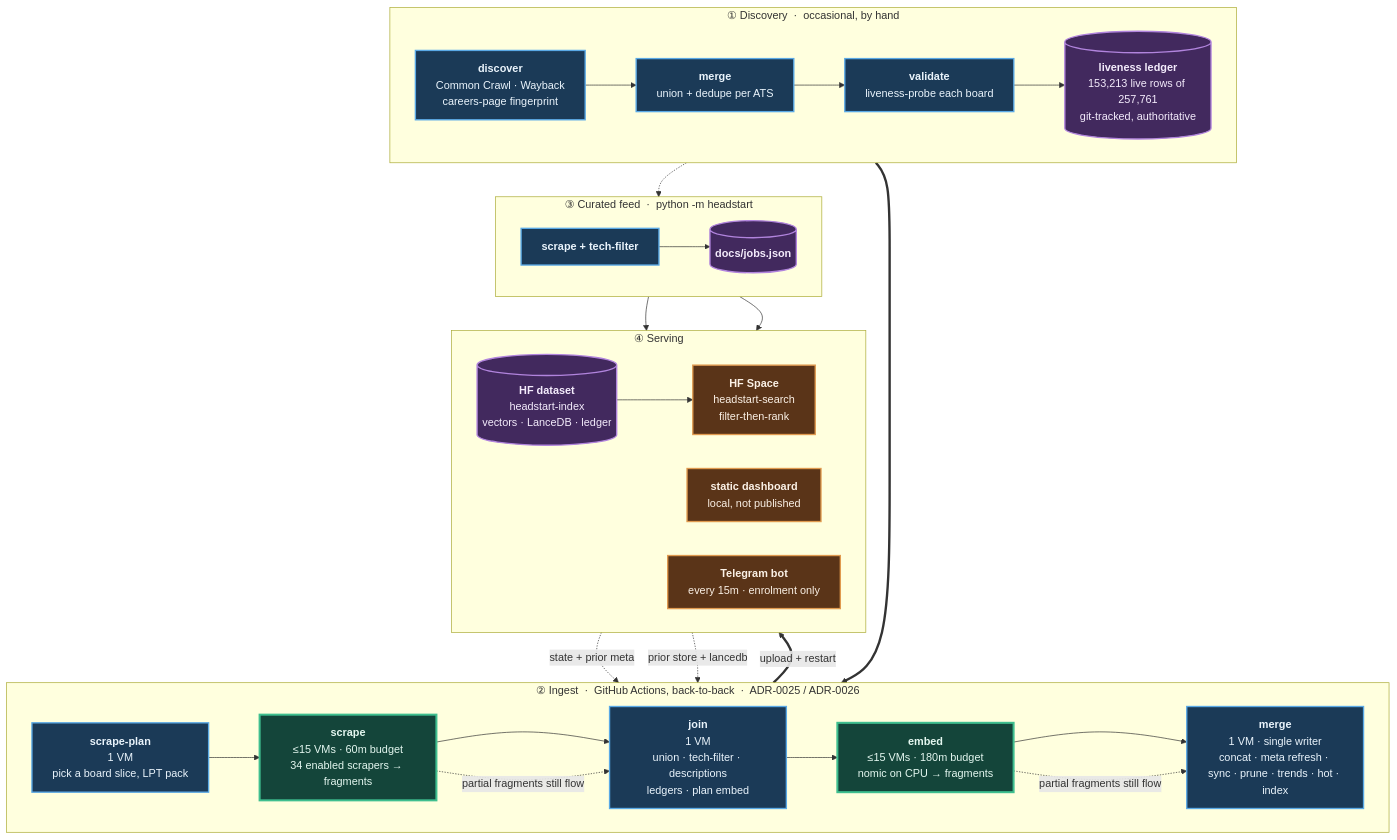
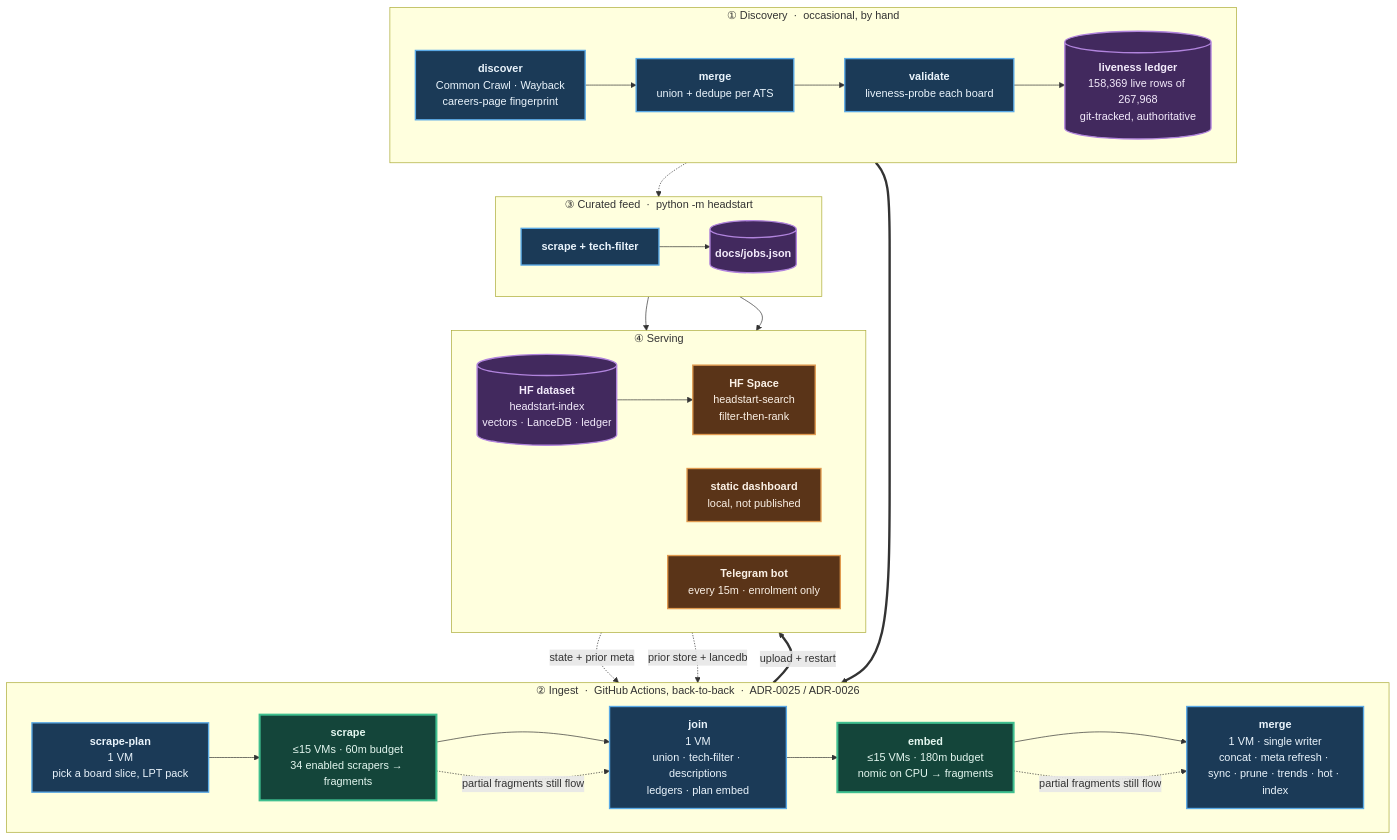
One commit to sarthakjain004/headstart changed the diagram in README.md. Above: the diagram before and after it, drawn with Mermaid. The commit also changed other lines of this file and 6 other files, not shown here.

````diff
--- a/README.md
+++ b/README.md
@@ -171,56 +171,56 @@
 ```mermaid
 flowchart TB
     subgraph D["① Discovery &nbsp;·&nbsp; occasional, by hand"]
         direction LR
         D1["<b>discover</b><br/>Common Crawl · Wayback<br/>careers-page fingerprint"]
         D2["<b>merge</b><br/>union + dedupe per ATS"]
         D3["<b>validate</b><br/>liveness-probe each board"]
-        D4[("<b>liveness ledger</b><br/>153,213 live rows of 257,761<br/>git-tracked, authoritative")]
+        D4[("<b>liveness ledger</b><br/>158,369 live rows of 267,968<br/>git-tracked, authoritative")]
         D1 --> D2 --> D3 --> D4
     end
 
     subgraph P["② Ingest &nbsp;·&nbsp; GitHub Actions, back-to-back &nbsp;·&nbsp; ADR-0025 / ADR-0026"]
         direction LR
         P1["<b>scrape-plan</b><br/>1 VM<br/>pick a board slice, LPT pack"]
         P2["<b>scrape</b><br/>≤15 VMs · 60m budget<br/>34 enabled scrapers → fragments"]
         P3["<b>join</b><br/>1 VM<br/>union · tech-filter · descriptions<br/>ledgers · plan embed"]
         P4["<b>embed</b><br/>≤15 VMs · 180m budget<br/>nomic on CPU → fragments"]
         P5["<b>merge</b><br/>1 VM · single writer<br/>concat · meta refresh · sync · prune · trends · hot · index"]
         P1 --> P2 --> P3 --> P4 --> P5
     end
 
     subgraph F["③ Curated feed &nbsp;·&nbsp; python -m headstart"]
         direction LR
         F1["<b>scrape + tech-filter</b>"]
         F2[("<b>docs/jobs.json</b>")]
         F1 --> F2
     end
 
     subgraph S["④ Serving"]
         direction LR
         S1[("<b>HF dataset</b><br/>headstart-index<br/>vectors · LanceDB · ledger")]
         S2["<b>HF Space</b><br/>headstart-search<br/>filter-then-rank"]
         S3["<b>static dashboard</b><br/>local, not published"]
         S4["<b>Telegram bot</b><br/>every 15m · enrolment only"]
         S1 --> S2
     end
 
     D4 ==> P1
     S1 -. "state + prior meta" .-> P1
     S1 -. "prior store + lancedb" .-> P5
     D4 -.-> F1
     P5 ==>|"upload + restart"| S1
     F2 --> S3
     F2 --> S4
     P2 -. "partial fragments still flow" .-> P3
     P4 -. "partial fragments still flow" .-> P5
 
     classDef serial fill:#1b3a57,stroke:#5aa9e6,stroke-width:2px,color:#eaf4fc
     classDef fan fill:#14453a,stroke:#3fbf8f,stroke-width:3px,color:#e4f7f0
     classDef store fill:#42295e,stroke:#b184dd,stroke-width:2px,color:#f4ecfc
     classDef serve fill:#5a3418,stroke:#e09a4f,stroke-width:2px,color:#fbf1e6
     class D1,D2,D3,P1,P3,P5,F1 serial
     class P2,P4 fan
     class D4,F2,S1 store
     class S2,S3,S4 serve
 ```
````
